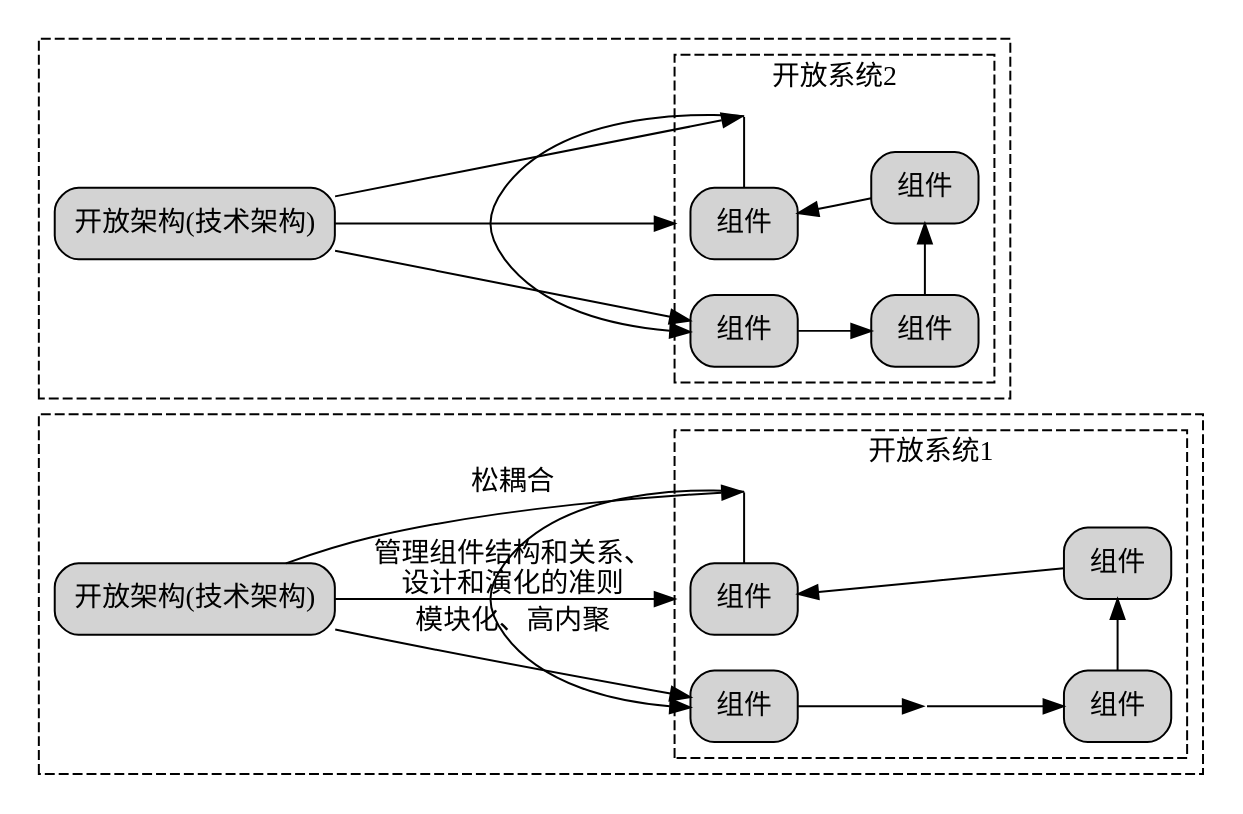
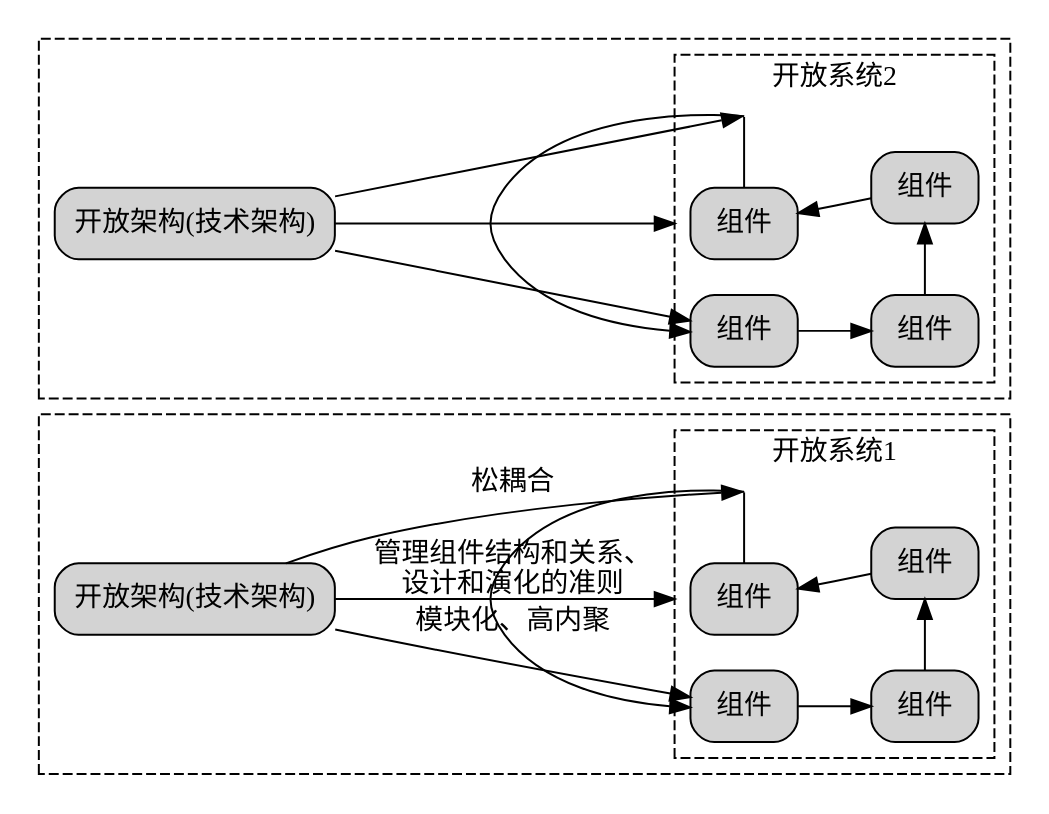
Before and after one commit to chaozhang2000/soa: the diagram in parts/definition1.dot, drawn with Graphviz. The commit also changed 2 other files, not shown here.

```diff
--- a/parts/definition1.dot
+++ b/parts/definition1.dot
@@ -1,65 +1,63 @@
 digraph G {
   graph [rankdir=LR,compound=true];
   node [shape=box, style="rounded,filled"];
   
   subgraph cluster1{
     label="";
 	style = dashed;
     
     subgraph cluster_system1{
       label="开放系统1"
       node1[label="组件"]
       node2[label="组件"] 
       node3[label="组件"]
       node4[label="组件"]
       
       // 创建不可见节点
       invis_node1 [shape=point, width=0, height=0, label=""]
-      invis_node3 [shape=point, width=0, height=0, label=""]
       
       // 重新连接节点，在node1和node2之间插入不可见节点
-      node1 -> invis_node3
-      invis_node3->node2
+      node1 -> node2
       node2 -> node3
       node3 -> node4
       node4 -> invis_node1 [dir=none]  // dir=none 表示没有箭头
       invis_node1 -> node1
       
       {rank=same;node1;node4;invis_node1}
       {rank=same;node2;node3}
     }
   TA1[label="开放架构(技术架构)"]
   TA1->node1[label="模块化、高内聚"]
   TA1->invis_node1[label="松耦合"]
   TA1->node4[label="管理组件结构和关系、\n设计和演化的准则",lhead="cluster_system1"]
 }
   subgraph cluster2{
     label="";
 	style = dashed;
     
     subgraph cluster_system2{
       label="开放系统2"
       node5[label="组件"]
       node6[label="组件"] 
       node7[label="组件"]
       node8[label="组件"]
       
       // 创建不可见节点
       invis_node2 [shape=point, width=0, height=0, label=""]
       
       // 重新连接节点，在node5和node6之间插入不可见节点
       node5 -> node6
       node6 -> node7
       node7 -> node8
       node8 -> invis_node2 [dir=none]  // dir=none 表示没有箭头
       invis_node2 -> node5
       
       {rank=same;node5;node8;invis_node2}
       {rank=same;node6;node7}
     }
   TA2[label="开放架构(技术架构)"]
   TA2->node5
   TA2->invis_node2
   TA2->node8[lhead="cluster_system2"]
   }
 }
```
